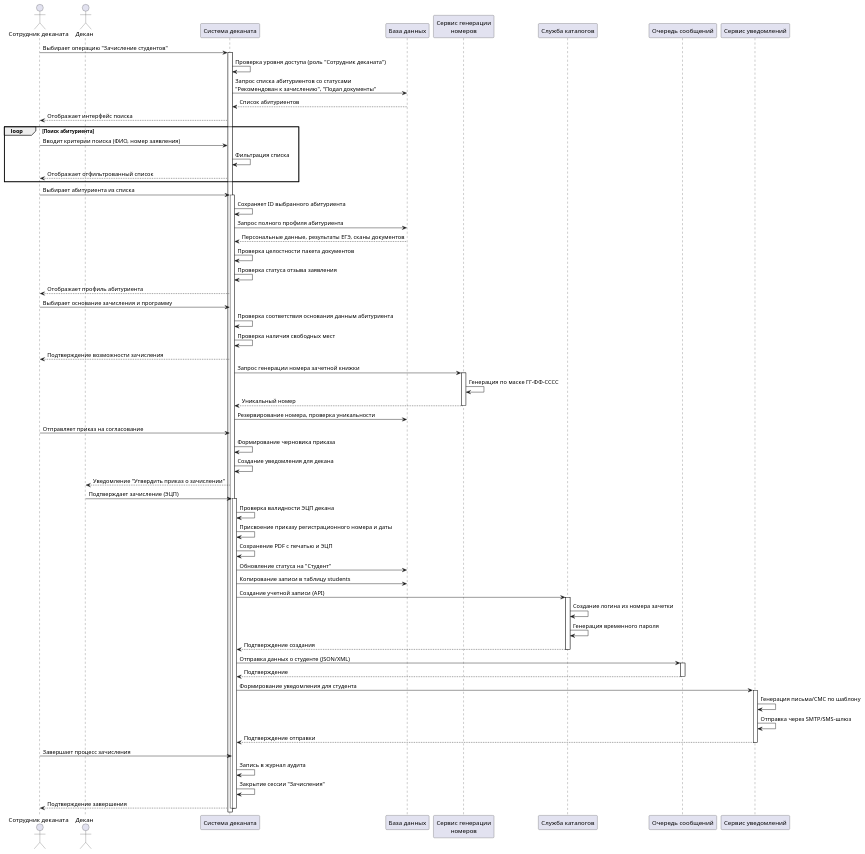
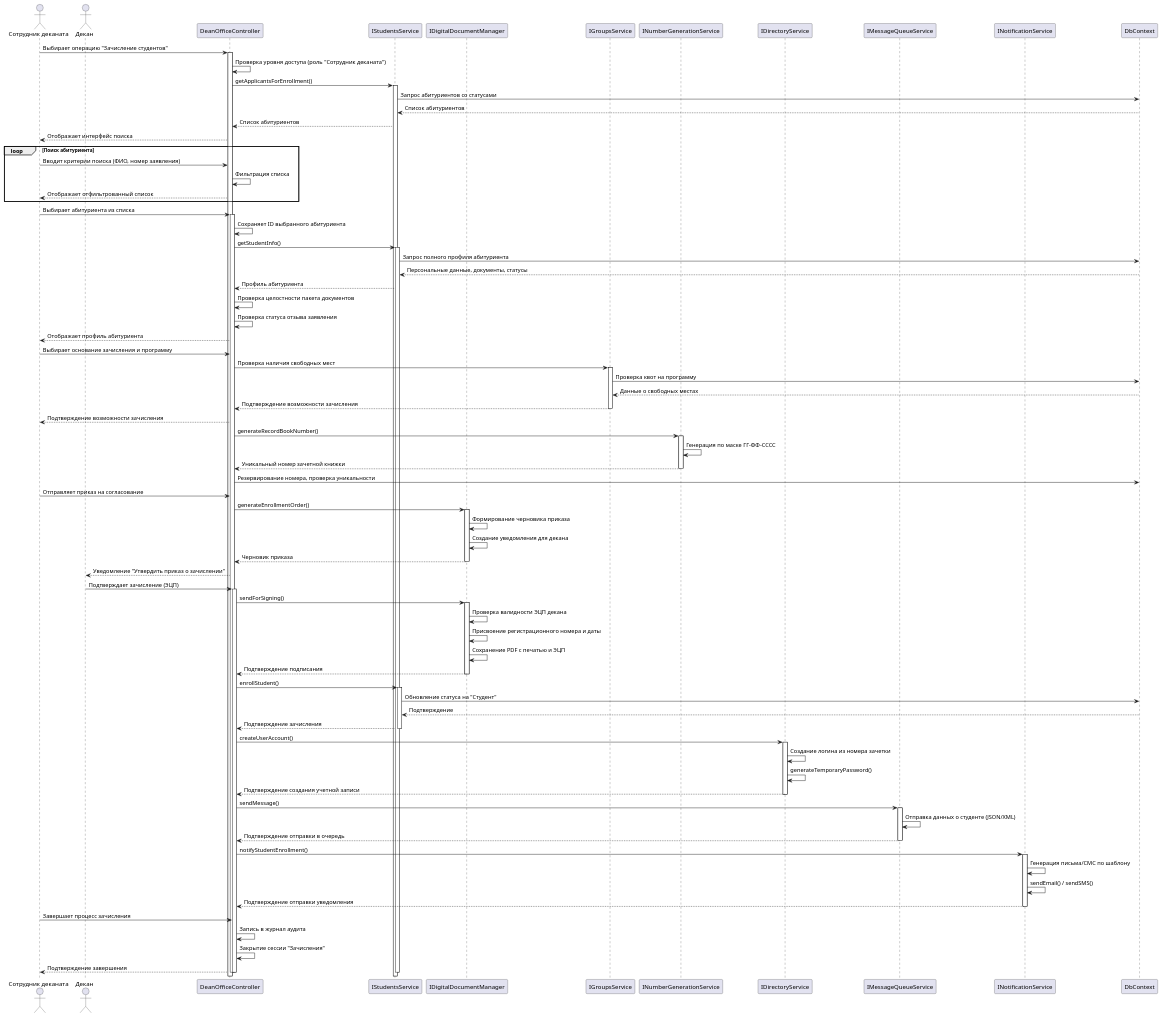
Before and after one commit to penamarth/bsbo-01-23_team3_var4_dekanat: the diagram in Диаграмма последовательности зачисление студента.md, drawn with PlantUML.

Commit message:
Update Диаграмма последовательности зачисление студента.md
обновил по новую диаграмму классов

````diff
--- a/Диаграмма последовательности зачисление студента.md
+++ b/Диаграмма последовательности зачисление студента.md
@@ -5,86 +5,113 @@
 
 actor "Сотрудник деканата" as Clerk
 actor Декан as Dean
-participant "Система деканата" as System
-participant "База данных" as DB
-participant "Сервис генерации\nномеров" as NumberGen
-participant "Служба каталогов" as Directory
-participant "Очередь сообщений" as MessageQueue
-participant "Сервис уведомлений" as Notification
+participant "DeanOfficeController" as Controller
+participant "IStudentsService" as StudentsSvc
+participant "IDigitalDocumentManager" as DocManager
+participant "IGroupsService" as GroupsSvc
+participant "INumberGenerationService" as NumberGen
+participant "IDirectoryService" as Directory
+participant "IMessageQueueService" as MessageQueue
+participant "INotificationService" as Notification
+participant "DbContext" as DB
 
-Clerk -> System : Выбирает операцию "Зачисление студентов"
-activate System
-System -> System : Проверка уровня доступа (роль "Сотрудник деканата")
-System -> DB : Запрос списка абитуриентов со статусами\n"Рекомендован к зачислению", "Подал документы"
-DB --> System : Список абитуриентов
-System --> Clerk : Отображает интерфейс поиска
+Clerk -> Controller : Выбирает операцию "Зачисление студентов"
+activate Controller
+Controller -> Controller : Проверка уровня доступа (роль "Сотрудник деканата")
+Controller -> StudentsSvc : getApplicantsForEnrollment()
+activate StudentsSvc
+StudentsSvc -> DB : Запрос абитуриентов со статусами
+DB --> StudentsSvc : Список абитуриентов
+StudentsSvc --> Controller : Список абитуриентов
+Controller --> Clerk : Отображает интерфейс поиска
 
 loop Поиск абитуриента
-Clerk -> System : Вводит критерии поиска (ФИО, номер заявления)
-System -> System : Фильтрация списка
-System --> Clerk : Отображает отфильтрованный список
+Clerk -> Controller : Вводит критерии поиска (ФИО, номер заявления)
+Controller -> Controller : Фильтрация списка
+Controller --> Clerk : Отображает отфильтрованный список
 end
 
-Clerk -> System : Выбирает абитуриента из списка
-activate System
-System -> System : Сохраняет ID выбранного абитуриента
-System -> DB : Запрос полного профиля абитуриента
-DB --> System : Персональные данные, результаты ЕГЭ, сканы документов
-System -> System : Проверка целостности пакета документов
-System -> System : Проверка статуса отзыва заявления
-System --> Clerk : Отображает профиль абитуриента
+Clerk -> Controller : Выбирает абитуриента из списка
+activate Controller
+Controller -> Controller : Сохраняет ID выбранного абитуриента
+Controller -> StudentsSvc : getStudentInfo()
+activate StudentsSvc
+StudentsSvc -> DB : Запрос полного профиля абитуриента
+DB --> StudentsSvc : Персональные данные, документы, статусы
+StudentsSvc --> Controller : Профиль абитуриента
+Controller -> Controller : Проверка целостности пакета документов
+Controller -> Controller : Проверка статуса отзыва заявления
+Controller --> Clerk : Отображает профиль абитуриента
 
-Clerk -> System : Выбирает основание зачисления и программу
-System -> System : Проверка соответствия основания данным абитуриента
-System -> System : Проверка наличия свободных мест
-System --> Clerk : Подтверждение возможности зачисления
+Clerk -> Controller : Выбирает основание зачисления и программу
+Controller -> GroupsSvc : Проверка наличия свободных мест
+activate GroupsSvc
+GroupsSvc -> DB : Проверка квот на программу
+DB --> GroupsSvc : Данные о свободных местах
+GroupsSvc --> Controller : Подтверждение возможности зачисления
+deactivate GroupsSvc
+Controller --> Clerk : Подтверждение возможности зачисления
 
-System -> NumberGen : Запрос генерации номера зачетной книжки
+Controller -> NumberGen : generateRecordBookNumber()
 activate NumberGen
 NumberGen -> NumberGen : Генерация по маске ГГ-ФФ-СССС
-NumberGen --> System : Уникальный номер
+NumberGen --> Controller : Уникальный номер зачетной книжки
 deactivate NumberGen
-System -> DB : Резервирование номера, проверка уникальности
+Controller -> DB : Резервирование номера, проверка уникальности
 
-Clerk -> System : Отправляет приказ на согласование
-System -> System : Формирование черновика приказа
-System -> System : Создание уведомления для декана
-System --> Dean : Уведомление "Утвердить приказ о зачислении"
+Clerk -> Controller : Отправляет приказ на согласование
+Controller -> DocManager : generateEnrollmentOrder()
+activate DocManager
+DocManager -> DocManager : Формирование черновика приказа
+DocManager -> DocManager : Создание уведомления для декана
+DocManager --> Controller : Черновик приказа
+deactivate DocManager
+Controller --> Dean : Уведомление "Утвердить приказ о зачислении"
 
-Dean -> System : Подтверждает зачисление (ЭЦП)
-activate System
-System -> System : Проверка валидности ЭЦП декана
-System -> System : Присвоение приказу регистрационного номера и даты
-System -> System : Сохранение PDF с печатью и ЭЦП
-System -> DB : Обновление статуса на "Студент"
-System -> DB : Копирование записи в таблицу students
+Dean -> Controller : Подтверждает зачисление (ЭЦП)
+activate Controller
+Controller -> DocManager : sendForSigning()
+activate DocManager
+DocManager -> DocManager : Проверка валидности ЭЦП декана
+DocManager -> DocManager : Присвоение регистрационного номера и даты
+DocManager -> DocManager : Сохранение PDF с печатью и ЭЦП
+DocManager --> Controller : Подтверждение подписания
+deactivate DocManager
+Controller -> StudentsSvc : enrollStudent()
+activate StudentsSvc
+StudentsSvc -> DB : Обновление статуса на "Студент"
+DB --> StudentsSvc : Подтверждение
+StudentsSvc --> Controller : Подтверждение зачисления
+deactivate StudentsSvc
 
-System -> Directory : Создание учетной записи (API)
+Controller -> Directory : createUserAccount()
 activate Directory
 Directory -> Directory : Создание логина из номера зачетки
-Directory -> Directory : Генерация временного пароля
-Directory --> System : Подтверждение создания
+Directory -> Directory : generateTemporaryPassword()
+Directory --> Controller : Подтверждение создания учетной записи
 deactivate Directory
 
-System -> MessageQueue : Отправка данных о студенте (JSON/XML)
+Controller -> MessageQueue : sendMessage()
 activate MessageQueue
-MessageQueue --> System : Подтверждение
+MessageQueue -> MessageQueue : Отправка данных о студенте (JSON/XML)
+MessageQueue --> Controller : Подтверждение отправки в очередь
 deactivate MessageQueue
 
-System -> Notification : Формирование уведомления для студента
+Controller -> Notification : notifyStudentEnrollment()
 activate Notification
 Notification -> Notification : Генерация письма/СМС по шаблону
-Notification -> Notification : Отправка через SMTP/SMS-шлюз
-Notification --> System : Подтверждение отправки
+Notification -> Notification : sendEmail() / sendSMS()
+Notification --> Controller : Подтверждение отправки уведомления
 deactivate Notification
 
-Clerk -> System : Завершает процесс зачисления
-System -> System : Запись в журнал аудита
-System -> System : Закрытие сессии "Зачисления"
-System --> Clerk : Подтверждение завершения
+Clerk -> Controller : Завершает процесс зачисления
+Controller -> Controller : Запись в журнал аудита
+Controller -> Controller : Закрытие сессии "Зачисления"
+Controller --> Clerk : Подтверждение завершения
 
-deactivate System
-deactivate System
+deactivate Controller
+deactivate Controller
+deactivate StudentsSvc
 
 @enduml
 ```
````
